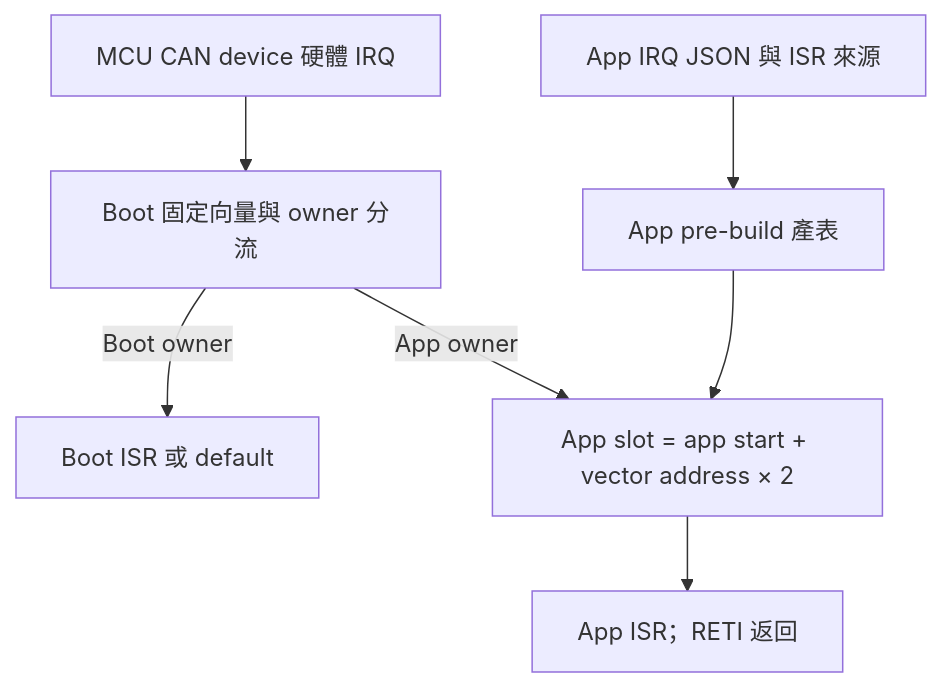
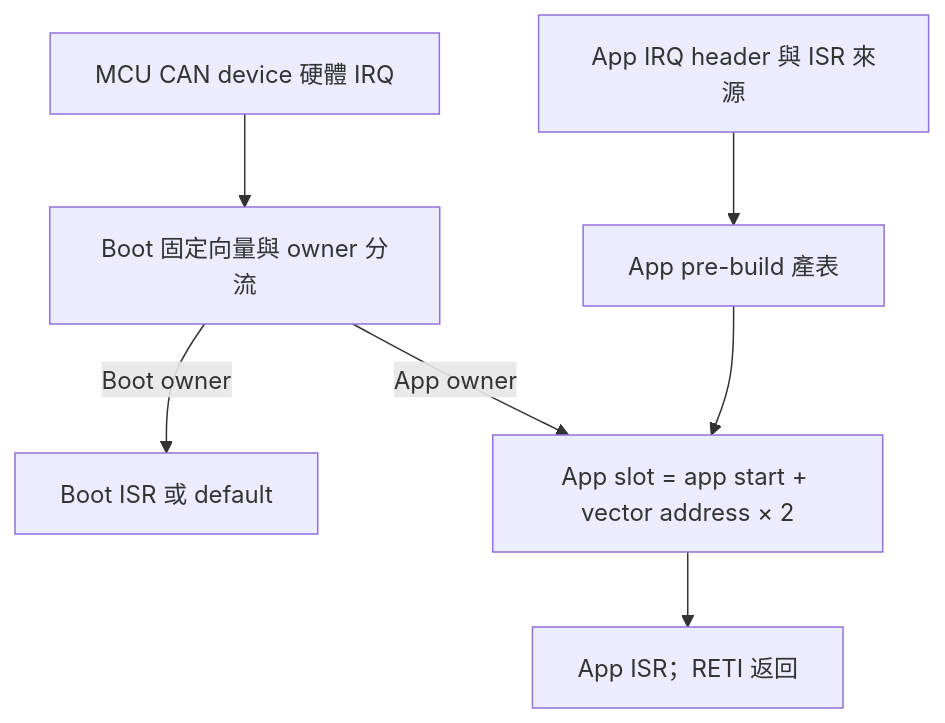
One commit to released/slide_boot_loader_for_RL78 changed the seventh of 8 diagrams in index.md. Above: the diagram before and after it, drawn with Mermaid. The commit also changed other lines of this file and 3 other files, not shown here.

````diff
--- a/index.md
+++ b/index.md
@@ -696,9 +791,9 @@
 ```mermaid
 flowchart TD
     IRQ["MCU CAN device 硬體 IRQ"] --> BOOT["Boot 固定向量與 owner 分流"]
     BOOT -->|Boot owner| BISR["Boot ISR 或 default"]
     BOOT -->|App owner| SLOT["App slot = app start + vector address × 2"]
-    CONFIG["App IRQ JSON 與 ISR 來源"] --> GEN["App pre-build 產表"]
+    CONFIG["App IRQ header 與 ISR 來源"] --> GEN["App pre-build 產表"]
     GEN --> SLOT
     SLOT --> ISR["App ISR；RETI 返回"]
 ```
````
